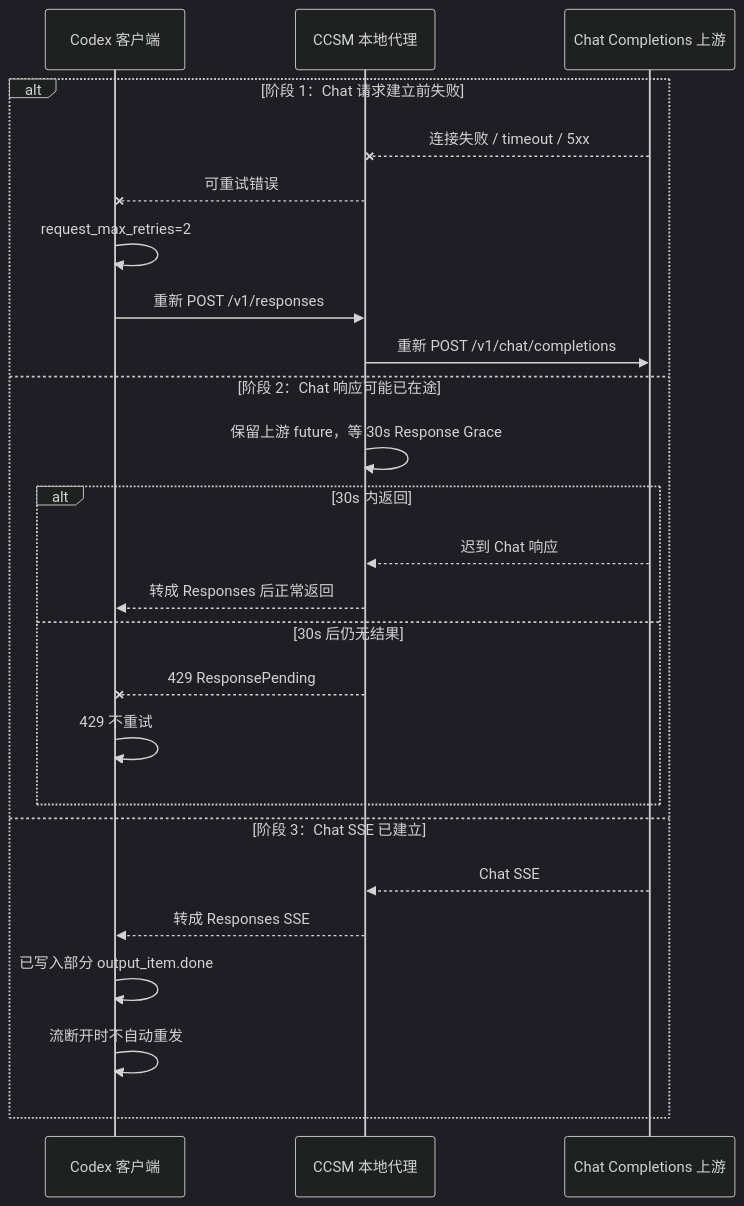
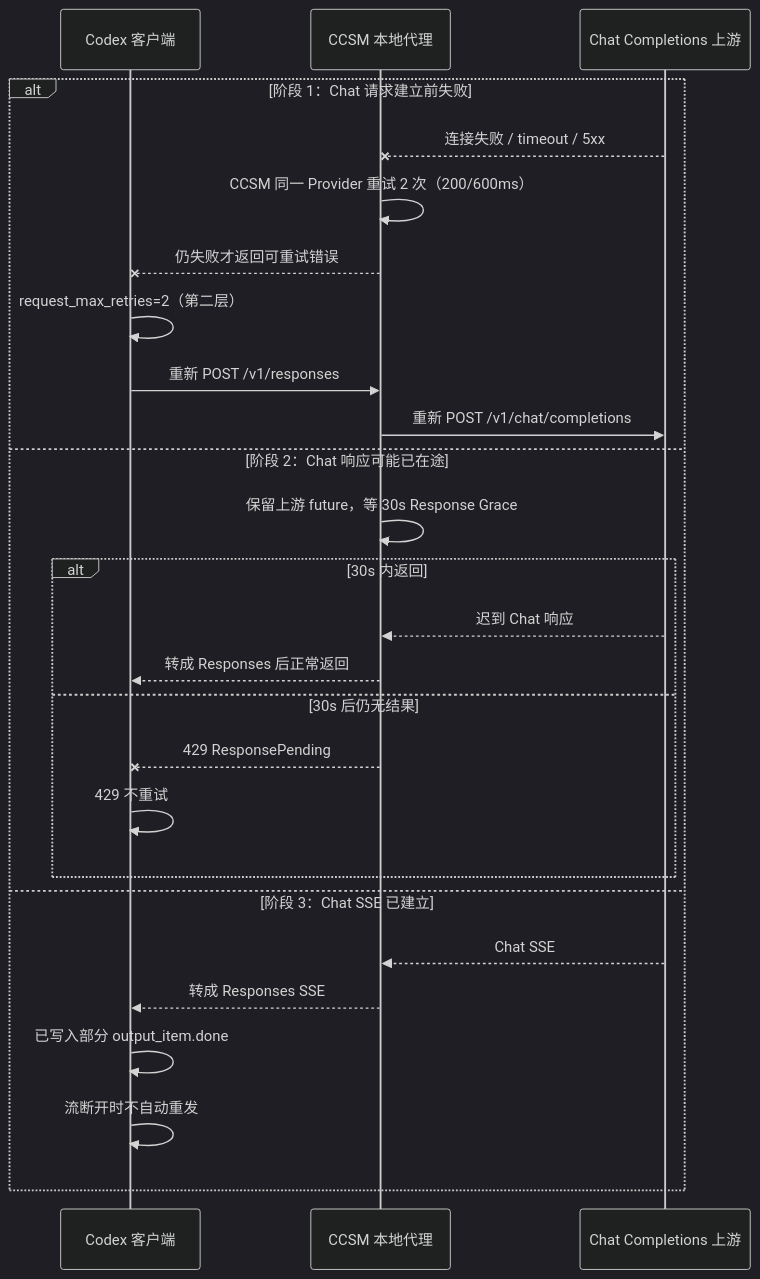
Before and after one commit to BigStrongSun/ccswitchmulti: the fourth of 4 diagrams in docs/guides/codex-reconnect-mechanism-zh.md, drawn with Mermaid (dark theme). The commit also changed other lines of this file and 5 other files, not shown here.

````diff
--- a/docs/guides/codex-reconnect-mechanism-zh.md
+++ b/docs/guides/codex-reconnect-mechanism-zh.md
@@ -123,28 +124,29 @@
 ```mermaid
 sequenceDiagram
     participant C as Codex 客户端
     participant P as CCSM 本地代理
     participant A as Chat Completions 上游
 
     alt 阶段 1：Chat 请求建立前失败
         A--xP: 连接失败 / timeout / 5xx
-        P--xC: 可重试错误
-        C->>C: request_max_retries=2
+        P->>P: CCSM 同一 Provider 重试 2 次（200/600ms）
+        P--xC: 仍失败才返回可重试错误
+        C->>C: request_max_retries=2（第二层）
         C->>P: 重新 POST /v1/responses
         P->>A: 重新 POST /v1/chat/completions
     else 阶段 2：Chat 响应可能已在途
         P->>P: 保留上游 future，等 30s Response Grace
         alt 30s 内返回
             A-->>P: 迟到 Chat 响应
             P-->>C: 转成 Responses 后正常返回
         else 30s 后仍无结果
             P--xC: 429 ResponsePending
             C->>C: 429 不重试
         end
     else 阶段 3：Chat SSE 已建立
         A-->>P: Chat SSE
         P-->>C: 转成 Responses SSE
         C->>C: 已写入部分 output_item.done
         C->>C: 流断开时不自动重发
     end
 ```
````
